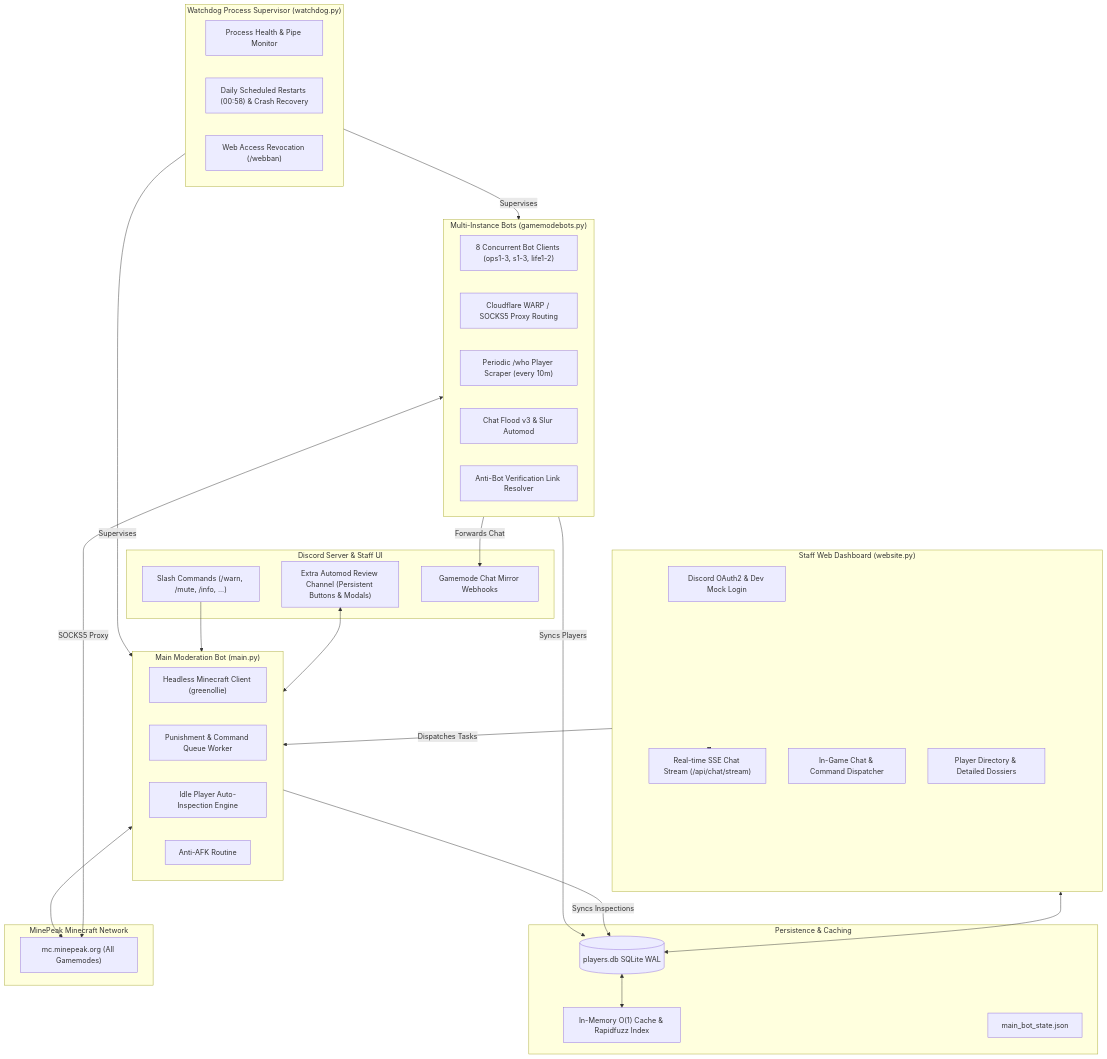
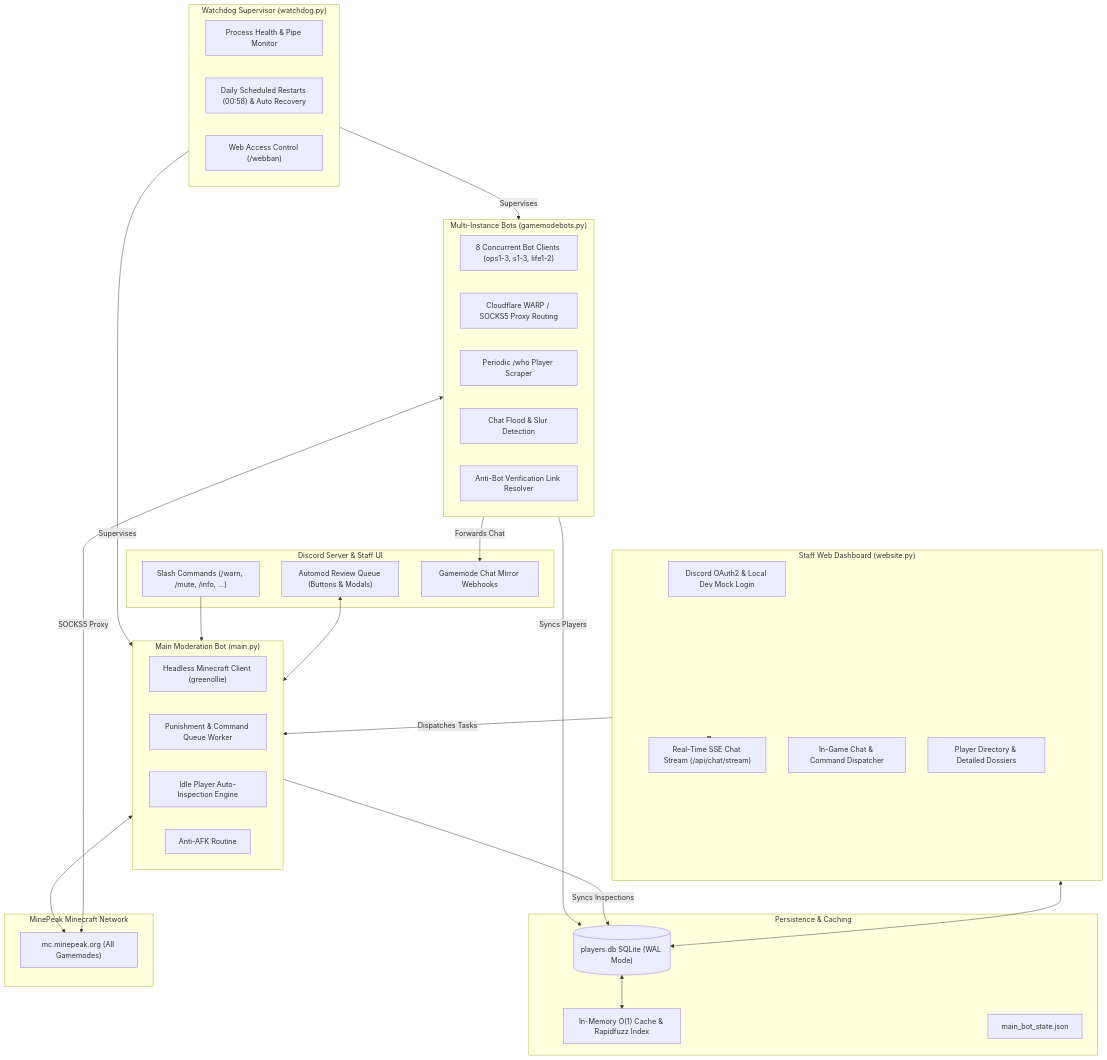
Before and after one commit to greenollie/portfolio: the diagram in minepeak_staff_bot/README.md, drawn with Mermaid. The commit also changed other lines of this file and 1 other file, not shown here.

````diff
--- a/minepeak_staff_bot/README.md
+++ b/minepeak_staff_bot/README.md
@@ -50,60 +58,60 @@
 ```mermaid
 flowchart TD
     subgraph Discord["Discord Server & Staff UI"]
         DC_Slash["Slash Commands (/warn, /mute, /info, ...)"]
-        DC_Review["Extra Automod Review Channel (Persistent Buttons & Modals)"]
+        DC_Review["Automod Review Queue (Buttons & Modals)"]
         DC_Webhooks["Gamemode Chat Mirror Webhooks"]
     end
 
-    subgraph Watchdog["Watchdog Process Supervisor (watchdog.py)"]
+    subgraph Watchdog["Watchdog Supervisor (watchdog.py)"]
         WD_Monitor["Process Health & Pipe Monitor"]
-        WD_Restart["Daily Scheduled Restarts (00:58) & Crash Recovery"]
-        WD_WebBan["Web Access Revocation (/webban)"]
+        WD_Restart["Daily Scheduled Restarts (00:58) & Auto Recovery"]
+        WD_WebBan["Web Access Control (/webban)"]
     end
 
     subgraph MainBot["Main Moderation Bot (main.py)"]
         MB_Client["Headless Minecraft Client (greenollie)"]
         MB_Worker["Punishment & Command Queue Worker"]
         MB_Inspect["Idle Player Auto-Inspection Engine"]
         MB_AntiAFK["Anti-AFK Routine"]
     end
 
     subgraph GamemodeBots["Multi-Instance Bots (gamemodebots.py)"]
         GB_Instances["8 Concurrent Bot Clients (ops1-3, s1-3, life1-2)"]
         GB_Proxy["Cloudflare WARP / SOCKS5 Proxy Routing"]
-        GB_Scraper["Periodic /who Player Scraper (every 10m)"]
-        GB_Flood["Chat Flood v3 & Slur Automod"]
+        GB_Scraper["Periodic /who Player Scraper"]
+        GB_Flood["Chat Flood & Slur Detection"]
         GB_Antibot["Anti-Bot Verification Link Resolver"]
     end
 
     subgraph DataLayer["Persistence & Caching"]
-        DB[(players.db SQLite WAL)]
+        DB[("players.db SQLite (WAL Mode)")]
         MemoryCache["In-Memory O(1) Cache & Rapidfuzz Index"]
         StateFile["main_bot_state.json"]
     end
 
     subgraph WebPanel["Staff Web Dashboard (website.py)"]
-        Web_Auth["Discord OAuth2 & Dev Mock Login"]
-        Web_SSE["Real-time SSE Chat Stream (/api/chat/stream)"]
+        Web_Auth["Discord OAuth2 & Local Dev Mock Login"]
+        Web_SSE["Real-Time SSE Chat Stream (/api/chat/stream)"]
         Web_Messenger["In-Game Chat & Command Dispatcher"]
         Web_Lookup["Player Directory & Detailed Dossiers"]
     end
 
     subgraph MinecraftServer["MinePeak Minecraft Network"]
         MC_Network["mc.minepeak.org (All Gamemodes)"]
     end
 
     Watchdog -->|Supervises| MainBot
     Watchdog -->|Supervises| GamemodeBots
     DC_Slash --> MainBot
     DC_Review <--> MainBot
     MainBot <--> MC_Network
     GamemodeBots <-->|SOCKS5 Proxy| MC_Network
     GamemodeBots -->|Forwards Chat| DC_Webhooks
     GamemodeBots -->|Syncs Players| DB
     MainBot -->|Syncs Inspections| DB
     DB <--> MemoryCache
     WebPanel <--> DB
     WebPanel <--> Web_SSE
     WebPanel -->|Dispatches Tasks| MainBot
 ```
````
